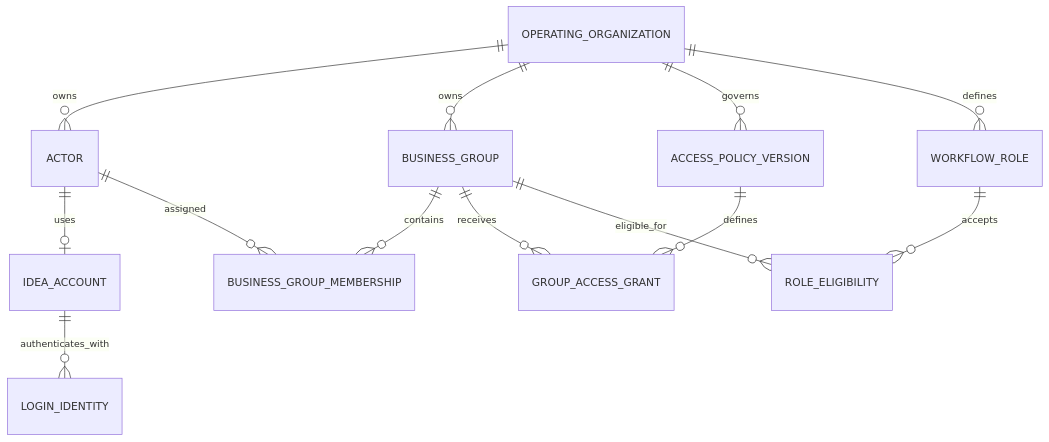
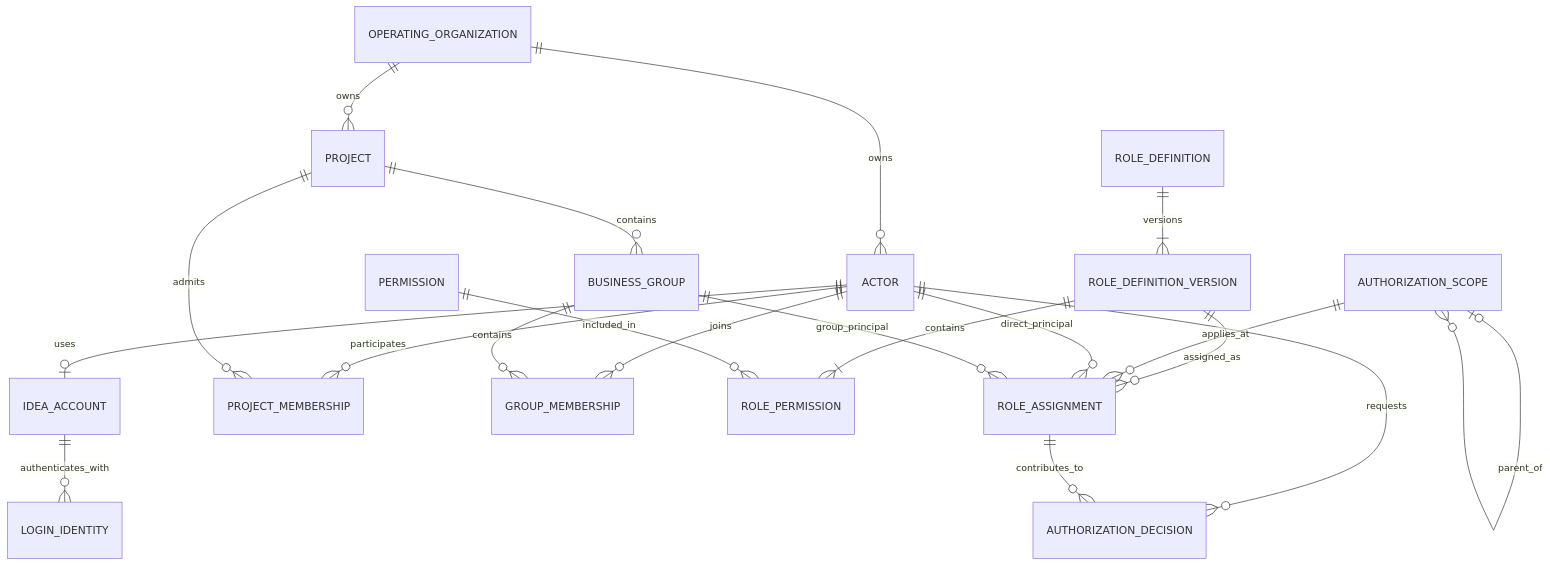
One commit to devphuclam/IDEAEngineering changed the second of 4 diagrams in docs/product/instances/idea-engineering/DOC-06-data-integration-and-migration-specification.md. Above: the diagram before and after it, drawn with Mermaid. The commit also changed other lines of this file and 53 other files, not shown here.

Commit message:
docs: define IDEA architecture and controlled workflows

````diff
--- a/docs/product/instances/idea-engineering/DOC-06-data-integration-and-migration-specification.md
+++ b/docs/product/instances/idea-engineering/DOC-06-data-integration-and-migration-specification.md
@@ -105,15 +126,25 @@
 ```mermaid
 erDiagram
+    accTitle: Account Project and RBAC data relationships
+    accDescr: The Organization owns Actors, accounts, Projects, Groups, Role Definitions and Scopes. Project and Group membership are separate from Role Assignments. Each Role Assignment binds one Actor or Group principal, one immutable Role Definition version and one Scope, while authorization decisions retain the evaluated evidence.
+
     OPERATING_ORGANIZATION ||--o{ ACTOR : owns
     ACTOR ||--o| IDEA_ACCOUNT : uses
     IDEA_ACCOUNT ||--o{ LOGIN_IDENTITY : authenticates_with
-    OPERATING_ORGANIZATION ||--o{ BUSINESS_GROUP : owns
-    ACTOR ||--o{ BUSINESS_GROUP_MEMBERSHIP : assigned
-    BUSINESS_GROUP ||--o{ BUSINESS_GROUP_MEMBERSHIP : contains
-    OPERATING_ORGANIZATION ||--o{ ACCESS_POLICY_VERSION : governs
-    ACCESS_POLICY_VERSION ||--o{ GROUP_ACCESS_GRANT : defines
-    BUSINESS_GROUP ||--o{ GROUP_ACCESS_GRANT : receives
-    OPERATING_ORGANIZATION ||--o{ WORKFLOW_ROLE : defines
-    WORKFLOW_ROLE ||--o{ ROLE_ELIGIBILITY : accepts
-    BUSINESS_GROUP ||--o{ ROLE_ELIGIBILITY : eligible_for
+    OPERATING_ORGANIZATION ||--o{ PROJECT : owns
+    ACTOR ||--o{ PROJECT_MEMBERSHIP : participates
+    PROJECT ||--o{ PROJECT_MEMBERSHIP : admits
+    PROJECT ||--o{ BUSINESS_GROUP : contains
+    ACTOR ||--o{ GROUP_MEMBERSHIP : joins
+    BUSINESS_GROUP ||--o{ GROUP_MEMBERSHIP : contains
+    ROLE_DEFINITION ||--|{ ROLE_DEFINITION_VERSION : versions
+    ROLE_DEFINITION_VERSION ||--|{ ROLE_PERMISSION : contains
+    PERMISSION ||--o{ ROLE_PERMISSION : included_in
+    AUTHORIZATION_SCOPE o|--o{ AUTHORIZATION_SCOPE : parent_of
+    ROLE_DEFINITION_VERSION ||--o{ ROLE_ASSIGNMENT : assigned_as
+    AUTHORIZATION_SCOPE ||--o{ ROLE_ASSIGNMENT : applies_at
+    ACTOR ||--o{ ROLE_ASSIGNMENT : direct_principal
+    BUSINESS_GROUP ||--o{ ROLE_ASSIGNMENT : group_principal
+    ACTOR ||--o{ AUTHORIZATION_DECISION : requests
+    ROLE_ASSIGNMENT ||--o{ AUTHORIZATION_DECISION : contributes_to
 ```
````
